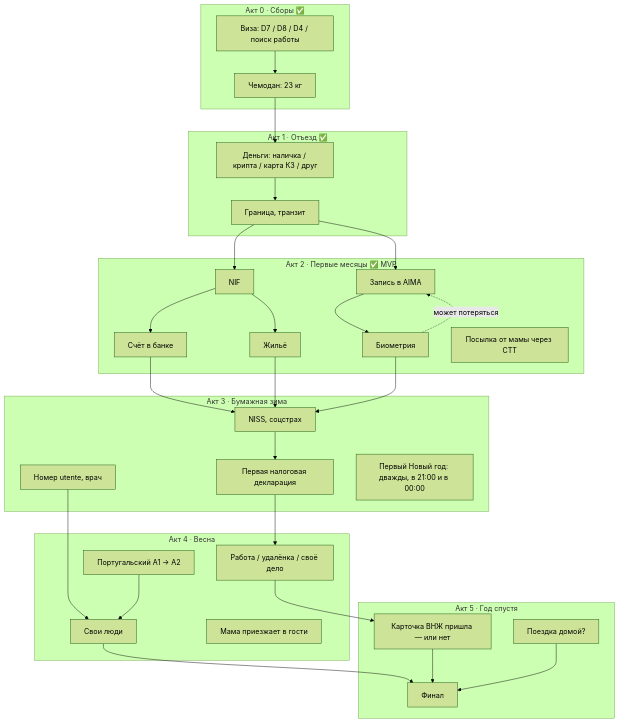
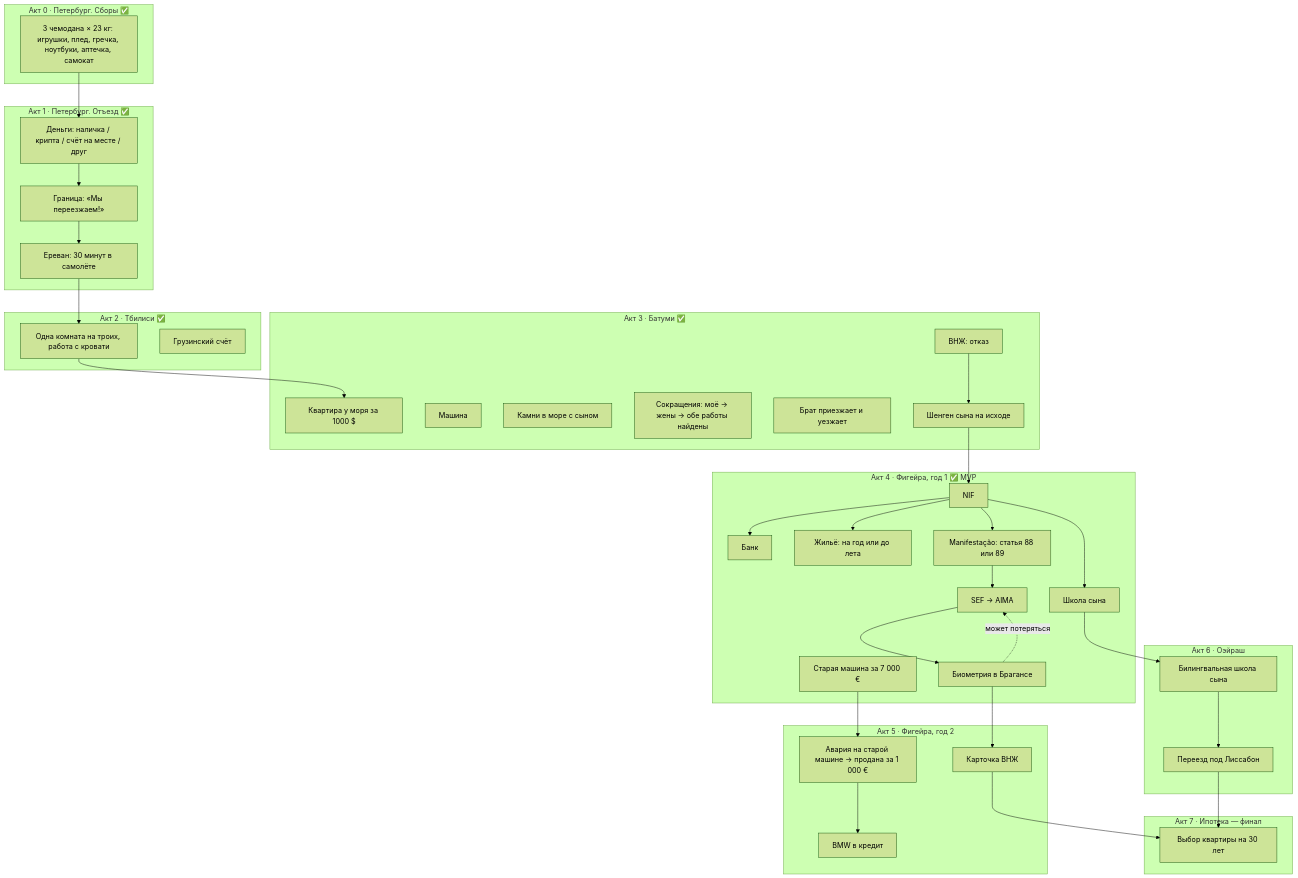
One commit to Lahmatov/sad-migrants-game changed the first of 3 diagrams in docs/tree.md. Above: the diagram before and after it, drawn with Mermaid (forest theme). The commit also changed other lines of this file and 16 other files, not shown here.

First line of the commit message:
Сценарий по реальной истории: Петербург, Тбилиси, Батуми, Фигейра

````diff
--- a/docs/tree.md
+++ b/docs/tree.md
@@ -24,45 +24,52 @@
 ```mermaid
 flowchart TD
-    subgraph A0["Акт 0 · Сборы ✅"]
-        V[Виза: D7 / D8 / D4 / поиск работы]
-        S[Чемодан: 23 кг]
+    subgraph A0["Акт 0 · Петербург. Сборы ✅"]
+        S[3 чемодана × 23 кг: игрушки, плед, гречка, ноутбуки, аптечка, самокат]
     end
-    subgraph A1["Акт 1 · Отъезд ✅"]
-        M[Деньги: наличка / крипта / карта КЗ / друг]
-        B[Граница, транзит]
+    subgraph A1["Акт 1 · Петербург. Отъезд ✅"]
+        M[Деньги: наличка / крипта / счёт на месте / друг]
+        B[Граница: «Мы переезжаем!»] --> EVN[Ереван: 30 минут в самолёте]
     end
-    subgraph A2["Акт 2 · Первые месяцы ✅ MVP"]
-        NIF[NIF] --> BANK[Счёт в банке]
-        NIF --> FLAT[Жильё]
-        AIMA1[Запись в AIMA] --> BIO[Биометрия]
-        BIO -.может потеряться.-> AIMA1
-        PARCEL[Посылка от мамы через CTT]
+    subgraph A2["Акт 2 · Тбилиси ✅"]
+        HOTEL[Одна комната на троих, работа с кровати]
+        GEBANK[Грузинский счёт]
     end
-    subgraph A3["Акт 3 · Бумажная зима"]
-        NISS[NISS, соцстрах]
-        IRS[Первая налоговая декларация]
-        UTENTE[Номер utente, врач]
-        XMAS[Первый Новый год: дважды, в 21:00 и в 00:00]
+    subgraph A3["Акт 3 · Батуми ✅"]
+        FLAT[Квартира у моря за 1000 $]
+        CAR[Машина]
+        STONES[Камни в море с сыном]
+        JOBS[Сокращения: моё → жены → обе работы найдены]
+        BRO[Брат приезжает и уезжает]
+        VNZH[ВНЖ: отказ]
+        SCH[Шенген сына на исходе]
     end
-    subgraph A4["Акт 4 · Весна"]
-        JOB[Работа / удалёнка / своё дело]
-        PT[Португальский A1 → A2]
-        FRIENDS[Свои люди]
-        MOMVISIT[Мама приезжает в гости]
+    subgraph A4["Акт 4 · Фигейра, год 1 ✅ MVP"]
+        NIF[NIF] --> BANK[Банк]
+        NIF --> FLATPT[Жильё: на год или до лета]
+        NIF --> SCHOOL[Школа сына]
+        NIF --> MI[Manifestação: статья 88 или 89]
+        MI --> SEF[SEF → AIMA] --> BIO[Биометрия в Брагансе]
+        BIO -.может потеряться.-> SEF
+        OLDCAR[Старая машина за 7 000 €]
     end
-    subgraph A5["Акт 5 · Год спустя"]
-        CARD[Карточка ВНЖ пришла — или нет]
-        HOME[Поездка домой?]
-        FINAL[Финал]
+    subgraph A5["Акт 5 · Фигейра, год 2"]
+        CARD[Карточка ВНЖ]
+        CRASH[Авария на старой машине → продана за 1 000 €]
+        BMW[BMW в кредит]
     end
-    V --> S --> M --> B --> NIF
-    B --> AIMA1
-    BANK & FLAT & BIO --> NISS
-    NISS --> IRS --> JOB
-    UTENTE --> FRIENDS
-    PT --> FRIENDS
-    JOB --> CARD
-    FRIENDS --> FINAL
-    CARD --> FINAL
-    HOME --> FINAL
+    subgraph A6["Акт 6 · Оэйраш"]
+        BIL[Билингвальная школа сына]
+        MOVE[Переезд под Лиссабон]
+    end
+    subgraph A7["Акт 7 · Ипотека — финал"]
+        MORT[Выбор квартиры на 30 лет]
+    end
+    S --> M --> B
+    EVN --> HOTEL --> FLAT
+    VNZH --> SCH --> NIF
+    BIO --> CARD
+    SCHOOL --> BIL
+    OLDCAR --> CRASH --> BMW
+    BIL --> MOVE --> MORT
+    CARD --> MORT
 ```
````
